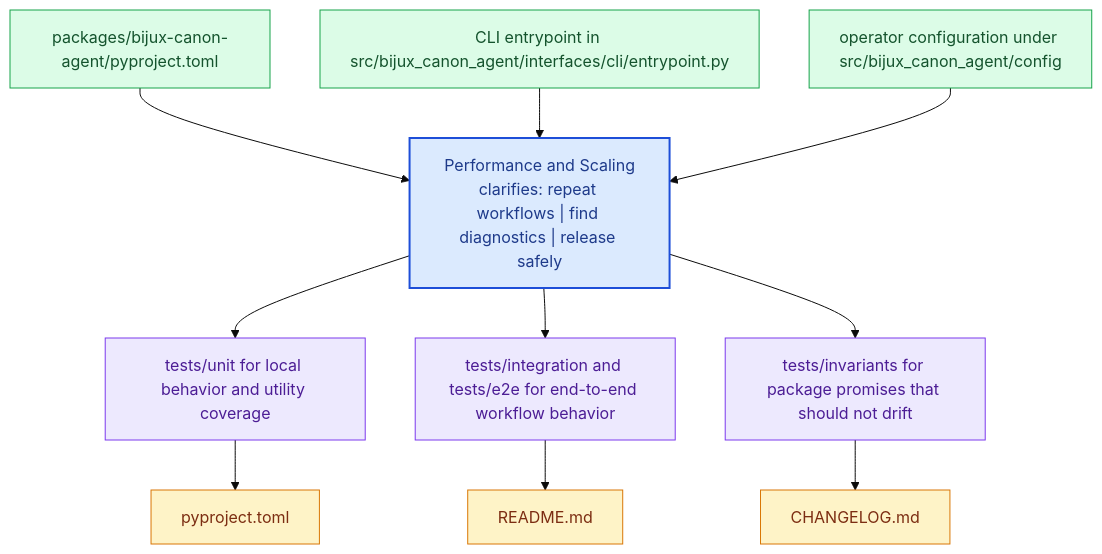
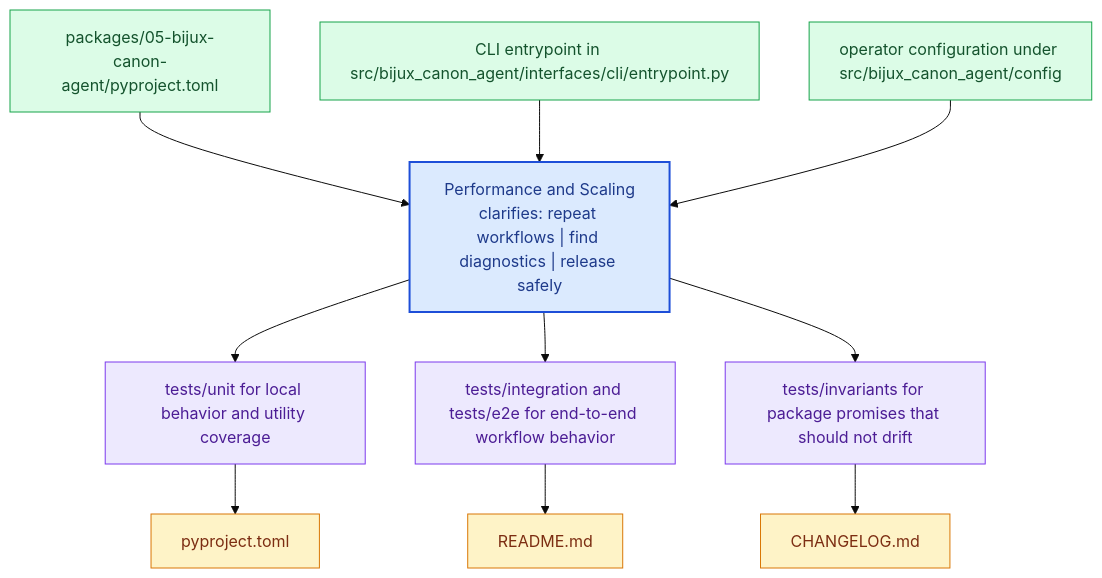
One commit to bijux/bijux-canon changed the diagram in docs/05-bijux-canon-agent/operations/performance-and-scaling.md. Above: the diagram before and after it, drawn with Mermaid (base theme). The commit also changed other lines of this file and 167 other files, not shown here.

````diff
--- a/docs/05-bijux-canon-agent/operations/performance-and-scaling.md
+++ b/docs/05-bijux-canon-agent/operations/performance-and-scaling.md
@@ -22,31 +22,31 @@
 ```mermaid
 flowchart TB
     page["Performance and Scaling<br/>clarifies: repeat workflows | find diagnostics | release safely"]
     classDef page fill:#dbeafe,stroke:#1d4ed8,color:#1e3a8a,stroke-width:2px;
     classDef positive fill:#dcfce7,stroke:#16a34a,color:#14532d;
     classDef caution fill:#fee2e2,stroke:#dc2626,color:#7f1d1d;
     classDef anchor fill:#ede9fe,stroke:#7c3aed,color:#4c1d95;
     classDef action fill:#fef3c7,stroke:#d97706,color:#7c2d12;
-    step1["packages/bijux-canon-agent/pyproject.toml"]
+    step1["packages/05-bijux-canon-agent/pyproject.toml"]
     step1 --> page
     step2["CLI entrypoint in src/bijux_canon_agent/interfaces/cli/entrypoint.py"]
     step2 --> page
     step3["operator configuration under src/bijux_canon_agent/config"]
     step3 --> page
     run1["tests/unit for local behavior and utility coverage"]
     page --> run1
     run2["tests/integration and tests/e2e for end-to-end workflow behavior"]
     page --> run2
     run3["tests/invariants for package promises that should not drift"]
     page --> run3
     release1["pyproject.toml"]
     run1 --> release1
     release2["README.md"]
     run2 --> release2
     release3["CHANGELOG.md"]
     run3 --> release3
     class page page;
     class step1,step2,step3 positive;
     class run1,run2,run3 anchor;
     class release1,release2,release3 action;
 ```
````
